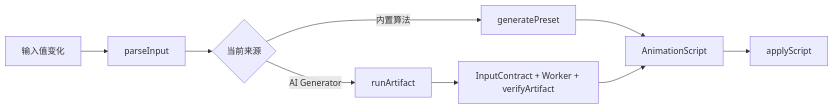
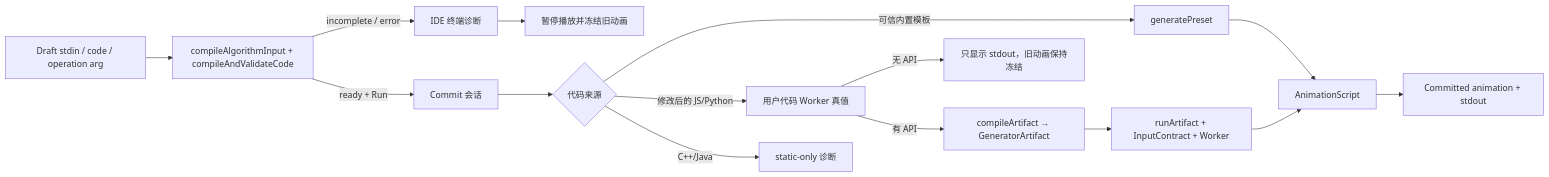
Before and after one commit to 1123074811/AlgoViz: the second of 4 diagrams in docs/architecture/README.md, drawn with Mermaid. The commit also changed other lines of this file and 8 other files, not shown here.

````diff
--- a/docs/architecture/README.md
+++ b/docs/architecture/README.md
@@ -86,11 +85,17 @@
 ```mermaid
 flowchart LR
-    A["输入值变化"] --> B["parseInput"]
-    B --> C{"当前来源"}
-    C -->|"内置算法"| D["generatePreset"]
-    C -->|"AI Generator"| E["runArtifact"]
-    E --> F["InputContract + Worker + verifyArtifact"]
-    D --> G["AnimationScript"]
-    F --> G
-    G --> H["applyScript"]
+    A["Draft stdin / code / operation arg"] --> B["compileAlgorithmInput + compileAndValidateCode"]
+    B -->|"incomplete / error"| C["IDE 终端诊断"]
+    C --> D["暂停播放并冻结旧动画"]
+    B -->|"ready + Run"| E["Commit 会话"]
+    E --> F{"代码来源"}
+    F -->|"可信内置模板"| G["generatePreset"]
+    F -->|"修改后的 JS/Python"| H["用户代码 Worker 真值"]
+    F -->|"C++/Java"| I["static-only 诊断"]
+    H -->|"无 API"| J["只显示 stdout，旧动画保持冻结"]
+    H -->|"有 API"| K["compileArtifact → GeneratorArtifact"]
+    K --> L["runArtifact + InputContract + Worker"]
+    G --> M["AnimationScript"]
+    L --> M
+    M --> N["Committed animation + stdout"]
 ```
````
